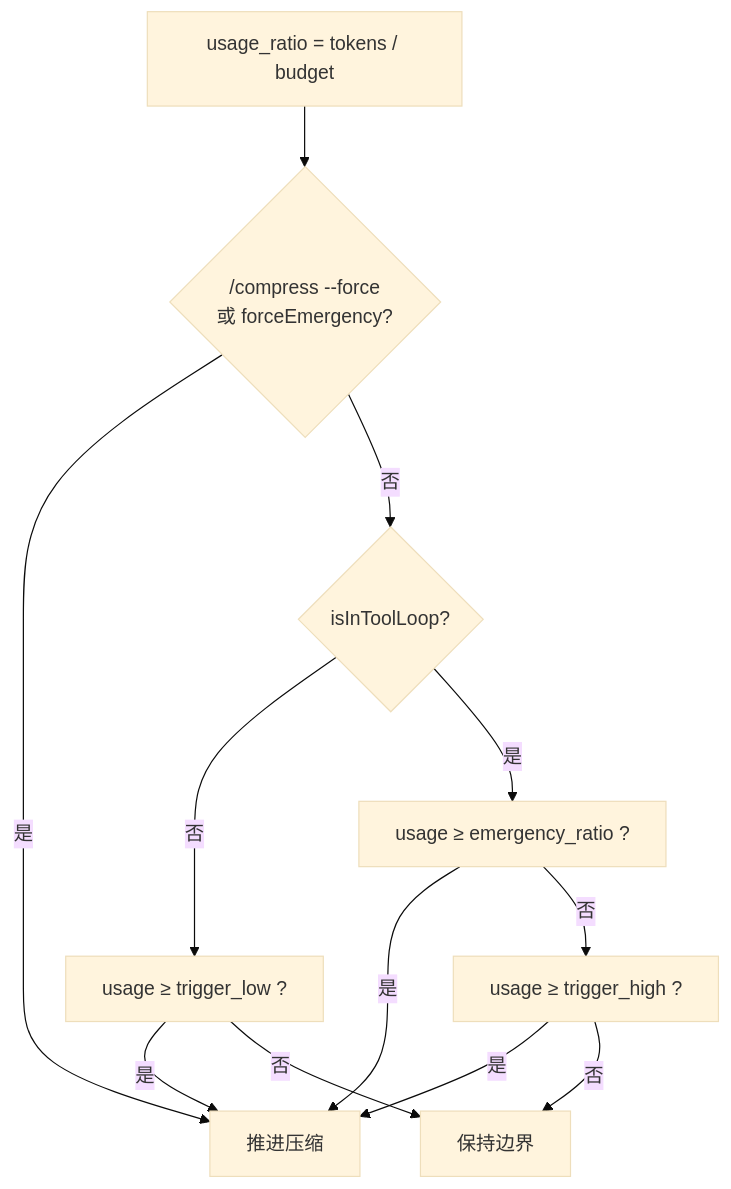
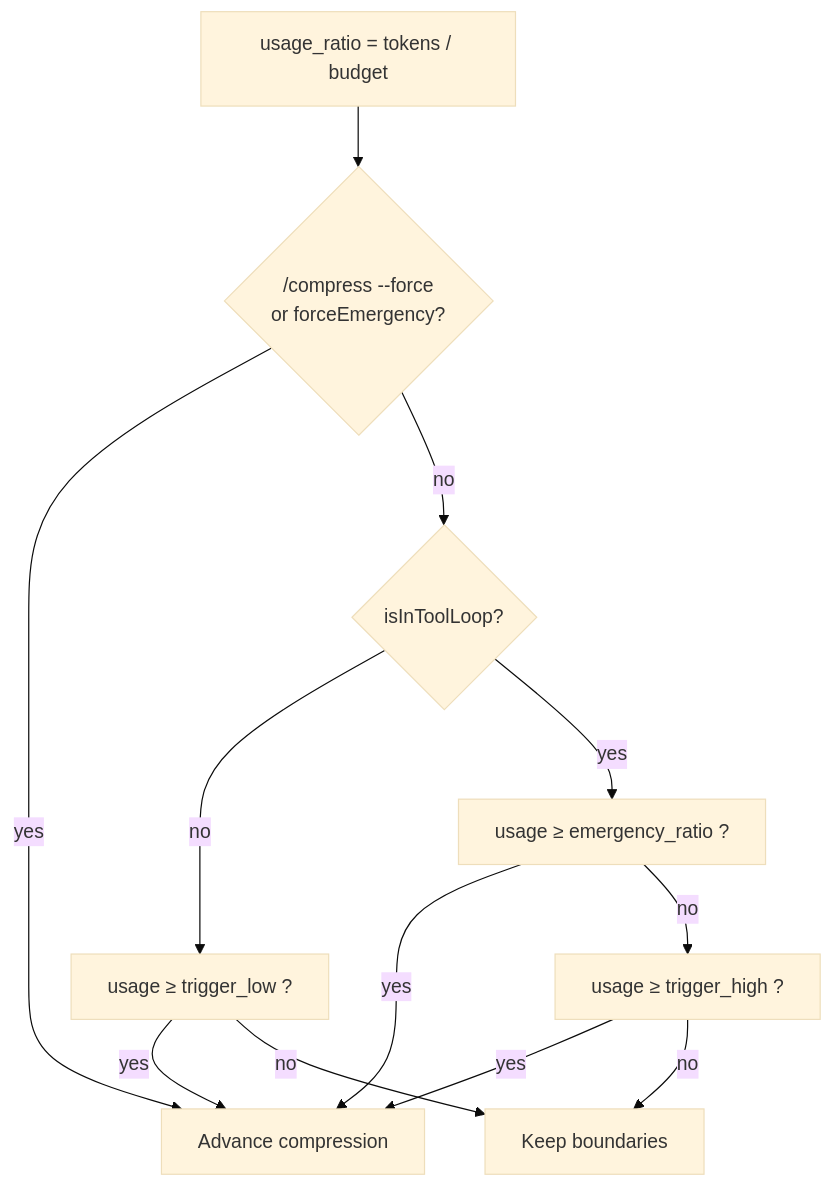
One commit to freeanima-org/freeanima changed the sixth of 10 diagrams in docs/compression.md. Above: the diagram before and after it, drawn with Mermaid (base theme). The commit also changed other lines of this file and 114 other files, not shown here.

````diff
--- a/docs/compression.md
+++ b/docs/compression.md
@@ -236,15 +236,15 @@
 ```mermaid
 flowchart TD
   start["usage_ratio = tokens / budget"]
-  start --> force{"/compress --force<br/>或 forceEmergency?"}
-  force -->|是| go["推进压缩"]
-  force -->|否| loop{isInToolLoop?}
-  loop -->|否| out["usage ≥ trigger_low ?"]
-  out -->|是| go
-  out -->|否| hold["保持边界"]
-  loop -->|是| emerg["usage ≥ emergency_ratio ?"]
-  emerg -->|是| go
-  emerg -->|否| high["usage ≥ trigger_high ?"]
-  high -->|是| go
-  high -->|否| hold
+  start --> force{"/compress --force<br/>or forceEmergency?"}
+  force -->|yes| go["Advance compression"]
+  force -->|no| loop{isInToolLoop?}
+  loop -->|no| out["usage ≥ trigger_low ?"]
+  out -->|yes| go
+  out -->|no| hold["Keep boundaries"]
+  loop -->|yes| emerg["usage ≥ emergency_ratio ?"]
+  emerg -->|yes| go
+  emerg -->|no| high["usage ≥ trigger_high ?"]
+  high -->|yes| go
+  high -->|no| hold
 ```
````
